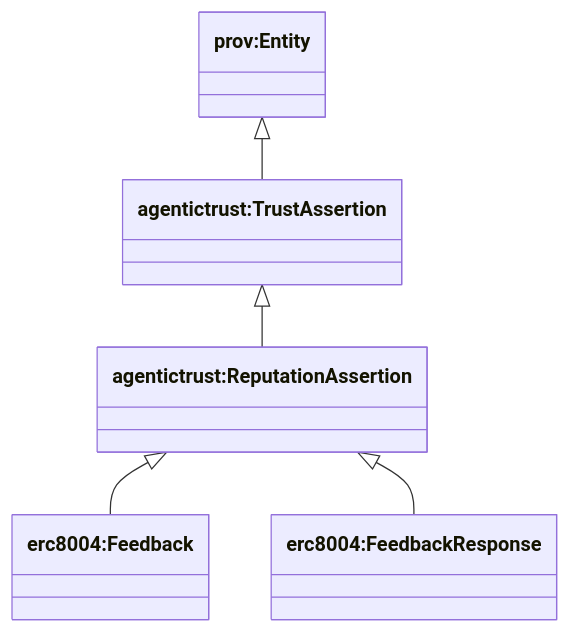
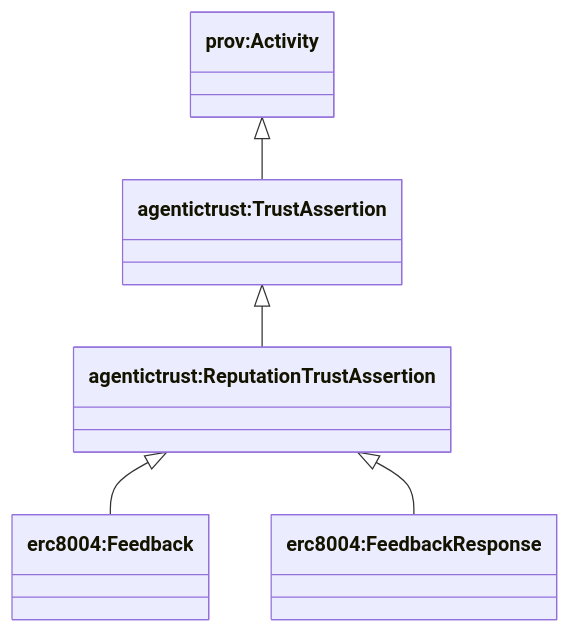
One commit to Agentic-Trust-Layer/agent-explorer changed the first of 2 diagrams in docs/ontology/reputationassertion.md. Above: the diagram before and after it, drawn with Mermaid. The commit also changed other lines of this file and 22 other files, not shown here.

````diff
--- a/docs/ontology/reputationassertion.md
+++ b/docs/ontology/reputationassertion.md
@@ -7,15 +7,15 @@
 ```mermaid
 classDiagram
 direction TB
 
-class provEntity["prov:Entity"]
+class provActivity["prov:Activity"]
 class TrustAssertion["agentictrust:TrustAssertion"]
-class ReputationAssertion["agentictrust:ReputationAssertion"]
+class ReputationAssertion["agentictrust:ReputationTrustAssertion"]
 class Feedback["erc8004:Feedback"]
 class FeedbackResponse["erc8004:FeedbackResponse"]
 
-provEntity <|-- TrustAssertion
+provActivity <|-- TrustAssertion
 TrustAssertion <|-- ReputationAssertion
 ReputationAssertion <|-- Feedback
 ReputationAssertion <|-- FeedbackResponse
 ```
````
